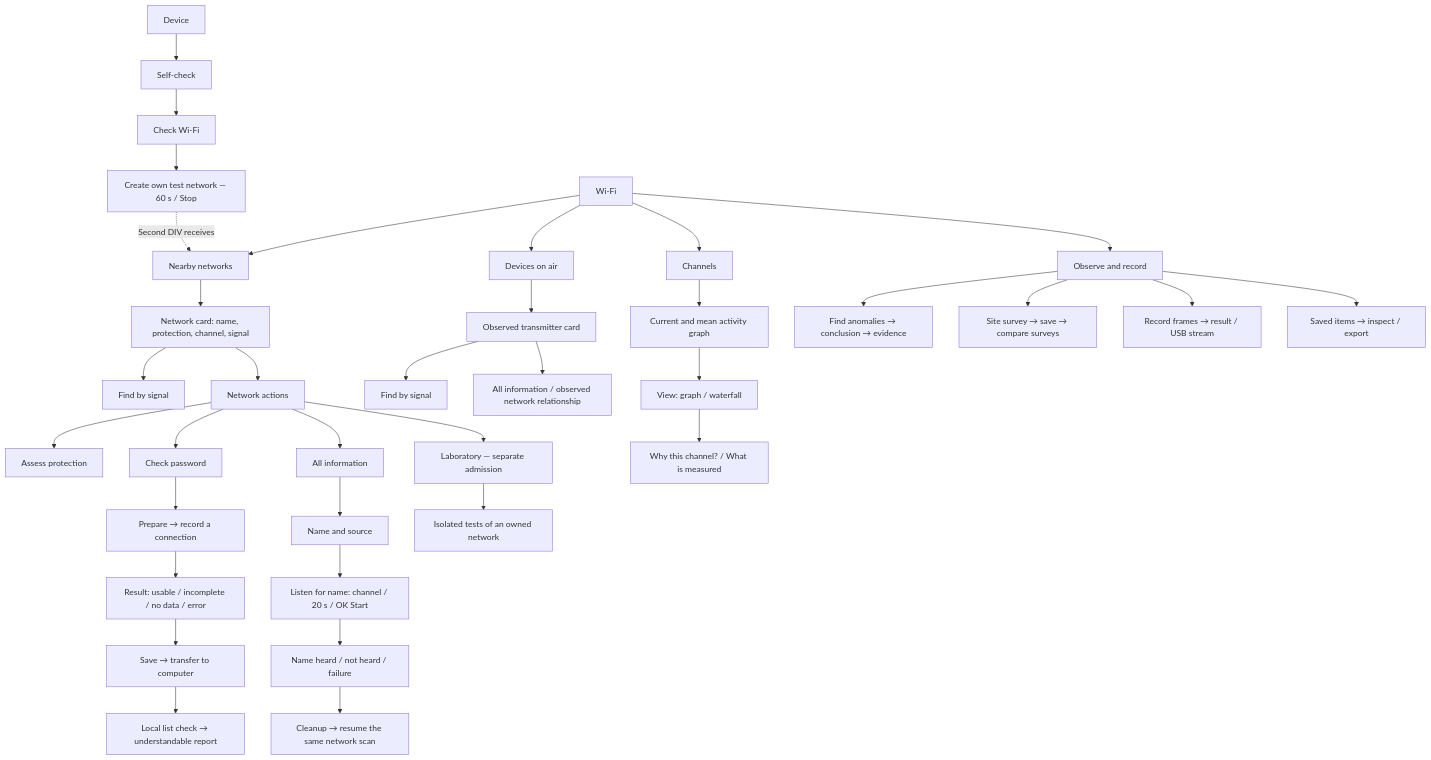
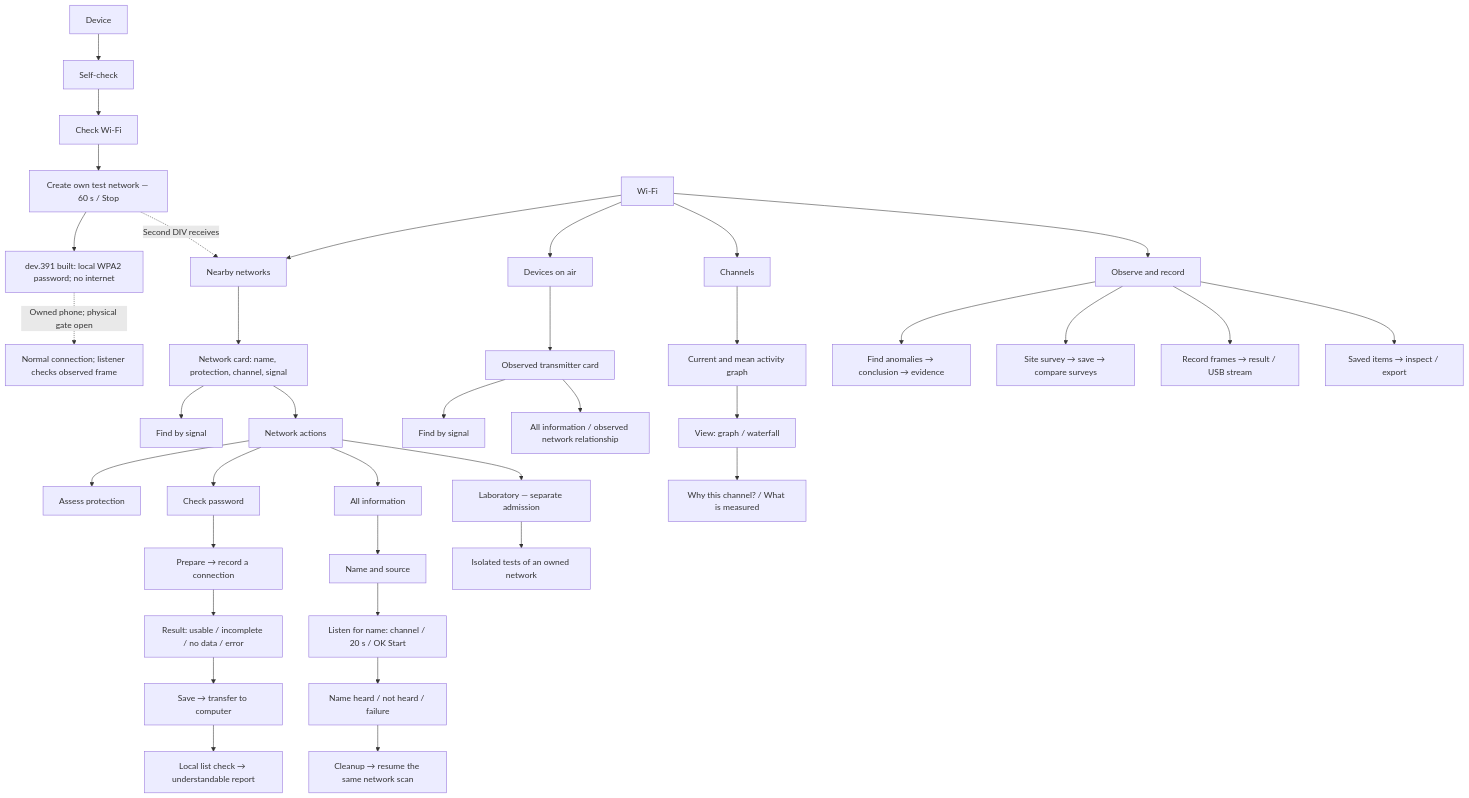
One commit to anton-vinogradov/esp32-leshy changed the diagram in docs/v1/WIFI_UX_MAP.md. Above: the diagram before and after it, drawn with Mermaid. The commit also changed other lines of this file and 14 other files, not shown here.

Commit message:
docs(wifi): retain dev391 deployment blocker and phone-test preparation

````diff
--- a/docs/v1/WIFI_UX_MAP.md
+++ b/docs/v1/WIFI_UX_MAP.md
@@ -66,36 +73,38 @@
 ```mermaid
 flowchart TD
     DEV["Device"] --> SELF["Self-check"] --> TEST["Check Wi-Fi"]
     TEST --> START["Create own test network — 60 s / Stop"]
+    START --> CREDENTIAL["dev.391 built: local WPA2 password; no internet"]
+    CREDENTIAL -. "Owned phone; physical gate open" .-> PHONE["Normal connection; listener checks observed frame"]
     START -. "Second DIV receives" .-> N
     W["Wi-Fi"] --> N["Nearby networks"]
     W --> D["Devices on air"]
     W --> C["Channels"]
     W --> O["Observe and record"]
     N --> NC["Network card: name, protection, channel, signal"]
     NC --> NR["Find by signal"]
     NC --> A["Network actions"]
     A --> S["Assess protection"]
     A --> P["Check password"]
     A --> F["All information"]
     A --> L["Laboratory — separate admission"]
     F --> H["Name and source"]
     H --> NL["Listen for name: channel / 20 s / OK Start"]
     NL --> NE["Name heard / not heard / failure"]
     NE --> NS["Cleanup → resume the same network scan"]
     P --> PR["Prepare → record a connection"]
     PR --> R["Result: usable / incomplete / no data / error"]
     R --> X["Save → transfer to computer"]
     X --> PC["Local list check → understandable report"]
     D --> DC["Observed transmitter card"]
     DC --> DR["Find by signal"]
     DC --> DF["All information / observed network relationship"]
     C --> G["Current and mean activity graph"]
     G --> V["View: graph / waterfall"]
     V --> WHY["Why this channel? / What is measured"]
     O --> AN["Find anomalies → conclusion → evidence"]
     O --> SU["Site survey → save → compare surveys"]
     O --> CAP["Record frames → result / USB stream"]
     O --> LIB["Saved items → inspect / export"]
     L --> LAB["Isolated tests of an owned network"]
 ```
````
